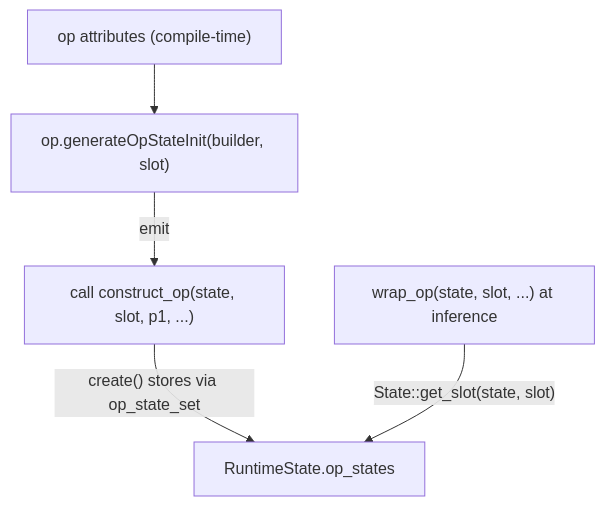
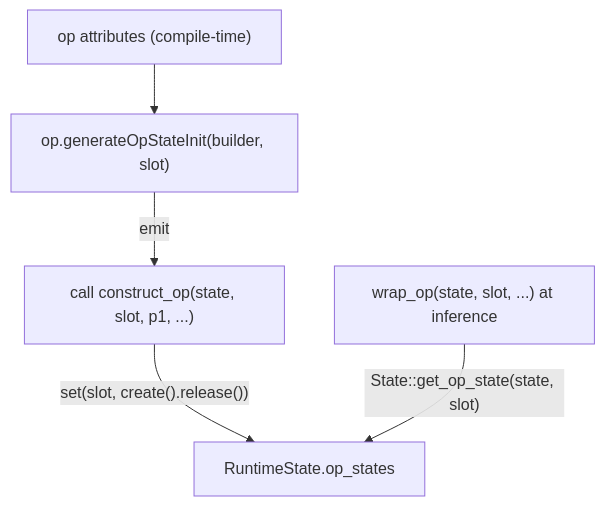
One commit to ROCm/hip-ep changed the diagram in docs/design/op-state-slots-design.md. Above: the diagram before and after it, drawn with Mermaid. The commit also changed other lines of this file and 16 other files, not shown here.

````diff
--- a/docs/design/op-state-slots-design.md
+++ b/docs/design/op-state-slots-design.md
@@ -145,7 +147,7 @@
 ```mermaid
 graph TD
   ATTRS["op attributes (compile-time)"] --> GENM["op.generateOpStateInit(builder, slot)"]
   GENM -->|emit| CALL["call construct_op(state, slot, p1, ...)"]
-  CALL -->|"create() stores via op_state_set"| ARR["RuntimeState.op_states"]
-  WRAP["wrap_op(state, slot, ...) at inference"] -->|"State::get_slot(state, slot)"| ARR
+  CALL -->|"set(slot, create().release())"| ARR["RuntimeState.op_states"]
+  WRAP["wrap_op(state, slot, ...) at inference"] -->|"State::get_op_state(state, slot)"| ARR
 ```
````
